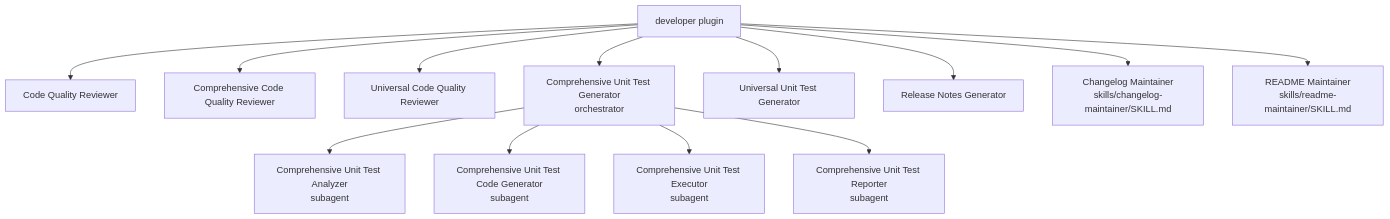
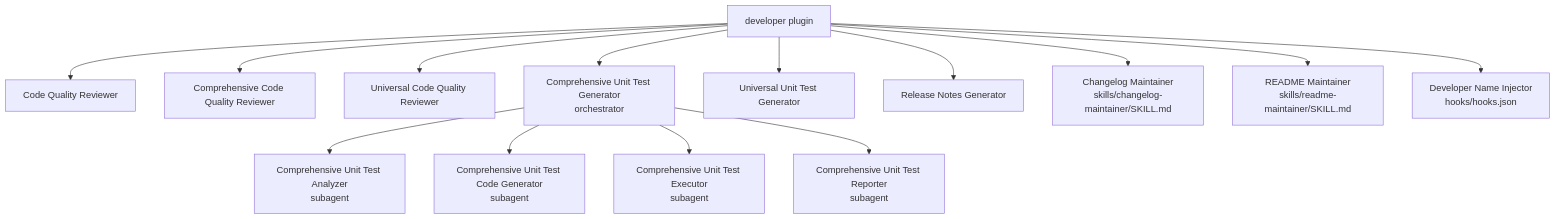
One commit to dimpletz/prompts-collection changed the diagram in plugins/developer/README.md. Above: the diagram before and after it, drawn with Mermaid. The commit also changed other lines of this file and 32 other files, not shown here.

````diff
--- a/plugins/developer/README.md
+++ b/plugins/developer/README.md
@@ -37,16 +61,17 @@
 ```mermaid
 graph TD
     A[developer plugin]
     A --> B[Code Quality Reviewer]
     A --> C[Comprehensive Code Quality Reviewer]
     A --> D[Universal Code Quality Reviewer]
     A --> E[Comprehensive Unit Test Generator<br/>orchestrator]
     E --> E1[Comprehensive Unit Test Analyzer<br/>subagent]
     E --> E2[Comprehensive Unit Test Code Generator<br/>subagent]
     E --> E3[Comprehensive Unit Test Executor<br/>subagent]
     E --> E4[Comprehensive Unit Test Reporter<br/>subagent]
     A --> F[Universal Unit Test Generator]
     A --> G[Release Notes Generator]
     A --> H[Changelog Maintainer<br/>skills/changelog-maintainer/SKILL.md]
     A --> I[README Maintainer<br/>skills/readme-maintainer/SKILL.md]
+    A --> J[Developer Name Injector<br/>hooks/hooks.json]
 ```
````
